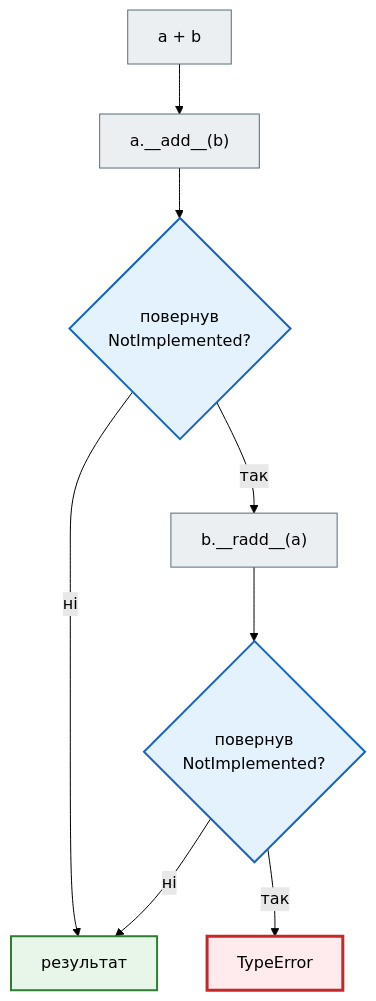
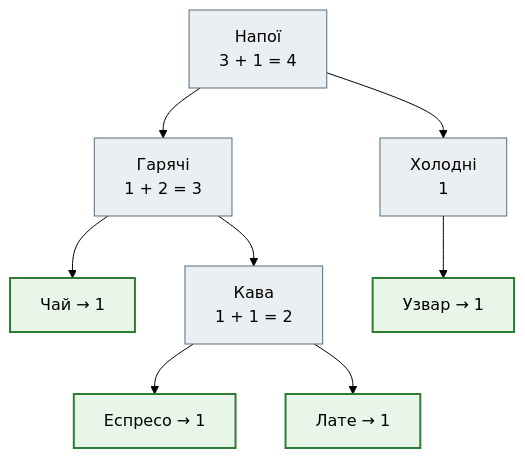
One commit to AlinaRadchenko/PY-Course-Victor-Nikoriak-22-09-2026 changed the first of 4 diagrams in docs/modules/m2/lesson_23.md. Above: the diagram before and after it, drawn with Mermaid (forest theme). The commit also changed other lines of this file and 1846 other files, not shown here.

````diff
--- a/docs/modules/m2/lesson_23.md
+++ b/docs/modules/m2/lesson_23.md
@@ -175,21 +88,19 @@
 ```mermaid
 flowchart TD
     classDef step     fill:#eceff1,stroke:#546e7a,stroke-width:1px;
     classDef decision fill:#e3f2fd,stroke:#1565c0,stroke-width:2px;
     classDef success  fill:#e8f5e9,stroke:#2e7d32,stroke-width:2px;
     classDef error    fill:#ffebee,stroke:#c62828,stroke-width:3px;
     classDef warning  fill:#fff8e1,stroke:#e65100,stroke-width:2px;
 
-    A["a + b"] --> L["a.__add__(b)"]
-    L --> Q1{"повернув<br>NotImplemented?"}
-    Q1 -- ні --> OK["результат"]
-    Q1 -- так --> R["b.__radd__(a)"]
-    R --> Q2{"повернув<br>NotImplemented?"}
-    Q2 -- ні --> OK
-    Q2 -- так --> ERR["TypeError"]
+    N["Напої<br>3 + 1 = 4"] --> H["Гарячі<br>1 + 2 = 3"]
+    N --> C["Холодні<br>1"]
+    H --> T["Чай → 1"]
+    H --> K["Кава<br>1 + 1 = 2"]
+    K --> E["Еспресо → 1"]
+    K --> L["Лате → 1"]
+    C --> U["Узвар → 1"]
 
-    class A,L,R step
-    class Q1,Q2 decision
-    class OK success
-    class ERR error
+    class N,H,C,K step
+    class T,E,L,U success
 ```
````
